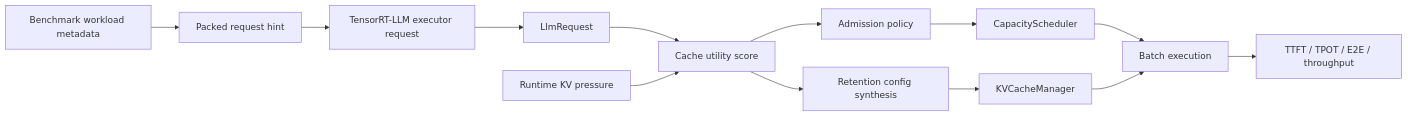
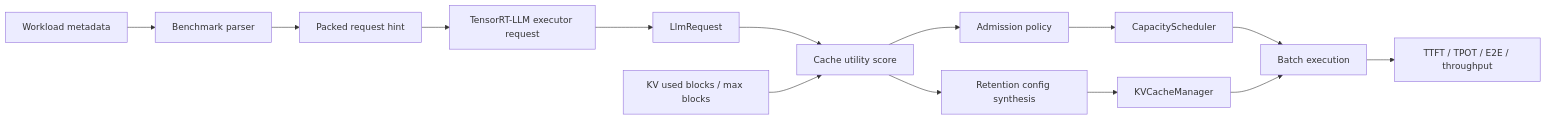
The first of 2 diagrams in README.md (LongWeihan/trtllm-moe-kv-scheduler), drawn with Mermaid before and after one commit. The commit also changed other lines of this file, not shown here.

Commit message:
Clarify README architecture and benchmark interpretation

````diff
--- a/README.md
+++ b/README.md
@@ -92,15 +104,16 @@
 ```mermaid
 flowchart LR
-    A[Benchmark workload metadata] --> B[Packed request hint]
-    B --> C[TensorRT-LLM executor request]
-    C --> D[LlmRequest]
-    D --> E[Cache utility score]
-    F[Runtime KV pressure] --> E
-    E --> G[Admission policy]
-    E --> H[Retention config synthesis]
-    G --> I[CapacityScheduler]
-    H --> J[KVCacheManager]
-    I --> K[Batch execution]
-    J --> K
-    K --> L[TTFT / TPOT / E2E / throughput]
+    A[Workload metadata] --> B[Benchmark parser]
+    B --> C[Packed request hint]
+    C --> D[TensorRT-LLM executor request]
+    D --> E[LlmRequest]
+    E --> F[Cache utility score]
+    G[KV used blocks / max blocks] --> F
+    F --> H[Admission policy]
+    F --> I[Retention config synthesis]
+    H --> J[CapacityScheduler]
+    I --> K[KVCacheManager]
+    J --> L[Batch execution]
+    K --> L
+    L --> M[TTFT / TPOT / E2E / throughput]
 ```
````
